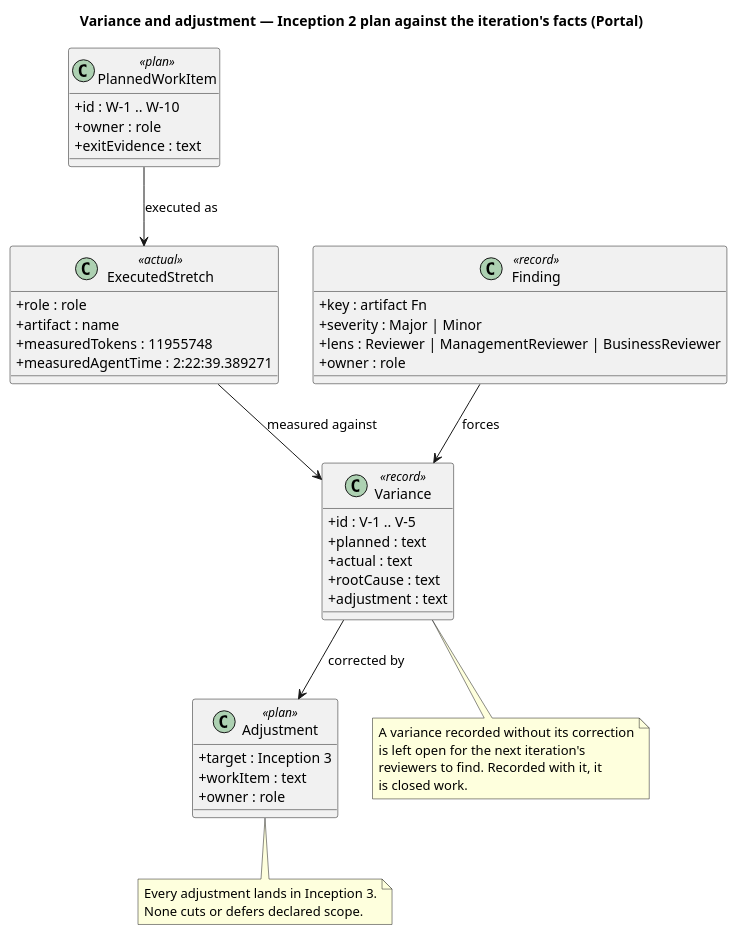
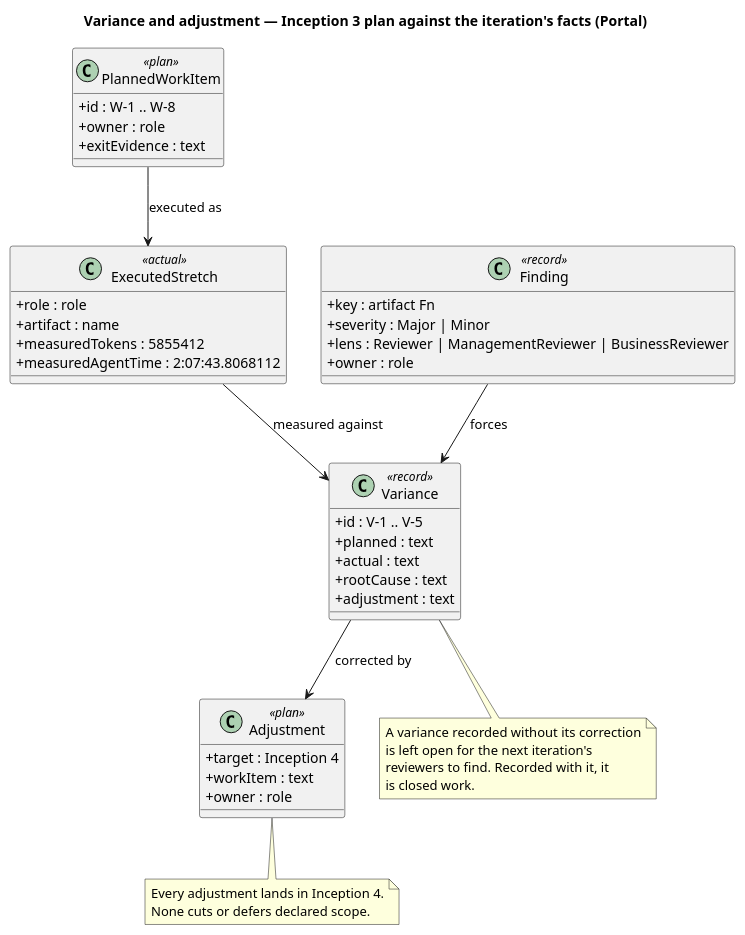
One commit to banense-test/portal changed the third of 5 diagrams in docs/artifacts/project-management/iteration-assessment.md. Above: the diagram before and after it, drawn with PlantUML. The commit also changed other lines of this file, not shown here.

First line of the commit message:
Project Manager [I3]: upsert Iteration Assessment

````diff
--- a/docs/artifacts/project-management/iteration-assessment.md
+++ b/docs/artifacts/project-management/iteration-assessment.md
@@ -129,58 +138,58 @@
 ```plantuml
 @startuml
-title Variance and adjustment — Inception 2 plan against the iteration's facts (Portal)
+title Variance and adjustment — Inception 3 plan against the iteration's facts (Portal)
 
 skinparam classAttributeIconSize 0
 
 class "PlannedWorkItem" as PWI <<plan>> {
-  + id : W-1 .. W-10
+  + id : W-1 .. W-8
   + owner : role
   + exitEvidence : text
 }
 
 class "ExecutedStretch" as EXE <<actual>> {
   + role : role
   + artifact : name
-  + measuredTokens : 11955748
-  + measuredAgentTime : 2:22:39.389271
+  + measuredTokens : 5855412
+  + measuredAgentTime : 2:07:43.8068112
 }
 
 class "Variance" as VAR <<record>> {
   + id : V-1 .. V-5
   + planned : text
   + actual : text
   + rootCause : text
   + adjustment : text
 }
 
 class "Finding" as FND <<record>> {
   + key : artifact Fn
   + severity : Major | Minor
   + lens : Reviewer | ManagementReviewer | BusinessReviewer
   + owner : role
 }
 
 class "Adjustment" as ADJ <<plan>> {
-  + target : Inception 3
+  + target : Inception 4
   + workItem : text
   + owner : role
 }
 
 PWI --> EXE : executed as
 EXE --> VAR : measured against
 FND --> VAR : forces
 VAR --> ADJ : corrected by
 
 note bottom of VAR
   A variance recorded without its correction
   is left open for the next iteration's
   reviewers to find. Recorded with it, it
   is closed work.
 end note
 
 note bottom of ADJ
-  Every adjustment lands in Inception 3.
+  Every adjustment lands in Inception 4.
   None cuts or defers declared scope.
 end note
 @enduml
 ```
````
